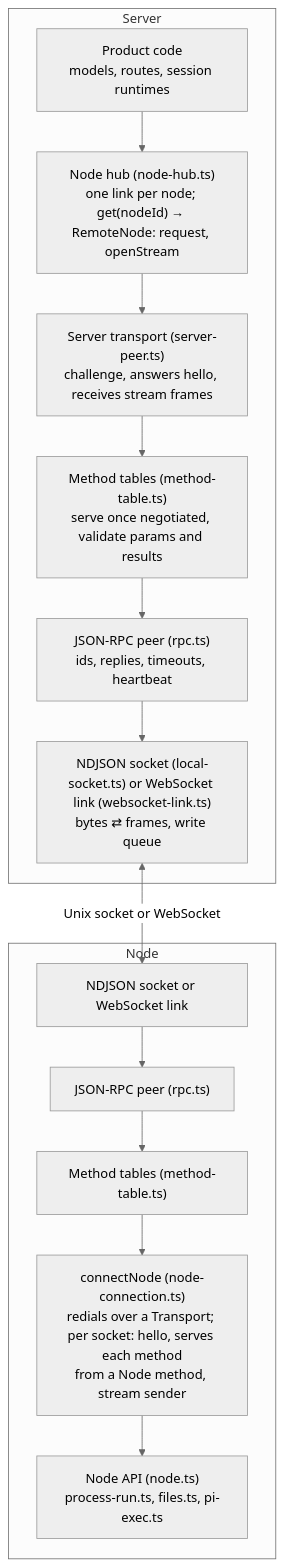
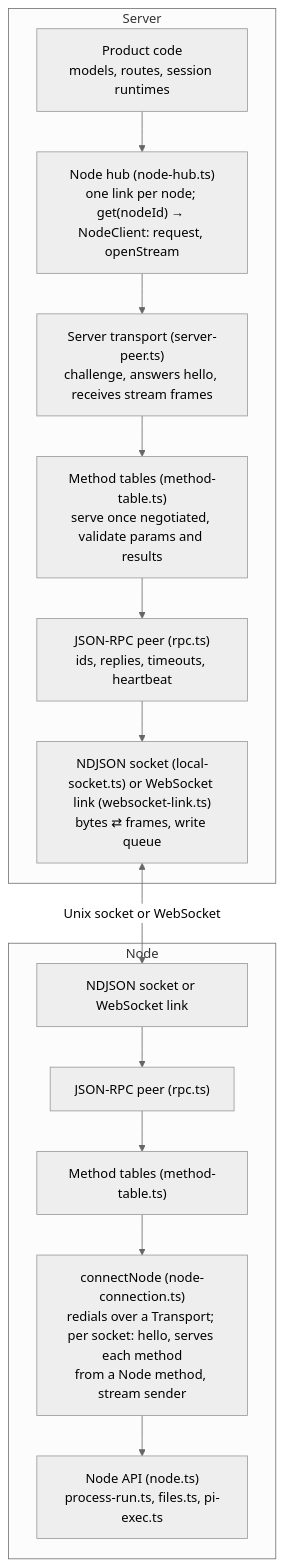
One commit to willtcarey/reins changed the second of 9 diagrams in docs/dev/node-transport.md. Above: the diagram before and after it, drawn with Mermaid (neutral theme). The commit also changed other lines of this file and 65 other files, not shown here.

````diff
--- a/docs/dev/node-transport.md
+++ b/docs/dev/node-transport.md
@@ -68,21 +68,21 @@
 ```mermaid
 graph TB
     subgraph "Server"
         S5["Product code<br/>models, routes, session runtimes"]
-        S4["Node hub (node-hub.ts)<br/>one link per node; get(nodeId) → RemoteNode: request, openStream"]
+        S4["Node hub (node-hub.ts)<br/>one link per node; get(nodeId) → NodeClient: request, openStream"]
         S3["Server transport (server-peer.ts)<br/>challenge, answers hello, receives stream frames"]
         S2["Method tables (method-table.ts)<br/>serve once negotiated, validate params and results"]
         S1["JSON-RPC peer (rpc.ts)<br/>ids, replies, timeouts, heartbeat"]
         S0["NDJSON socket (local-socket.ts) or WebSocket link (websocket-link.ts)<br/>bytes ⇄ frames, write queue"]
         S5 --> S4 --> S3 --> S2 --> S1 --> S0
     end
     subgraph "Node"
         N0["NDJSON socket or WebSocket link"]
         N1["JSON-RPC peer (rpc.ts)"]
         N2["Method tables (method-table.ts)"]
         N3["connectNode (node-connection.ts)<br/>redials over a Transport; per socket: hello, serves each method<br/>from a Node method, stream sender"]
         N4["Node API (node.ts)<br/>process-run.ts, files.ts, pi-exec.ts"]
         N0 --> N1 --> N2 --> N3 --> N4
     end
     S0 <-->|Unix socket or WebSocket| N0
 ```
````
